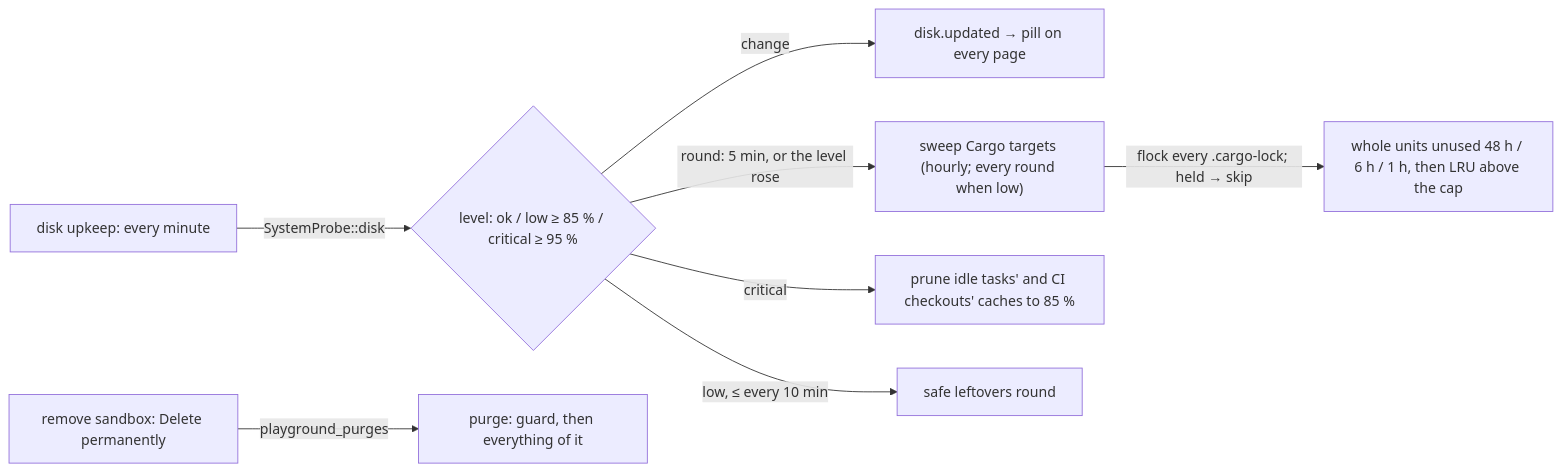
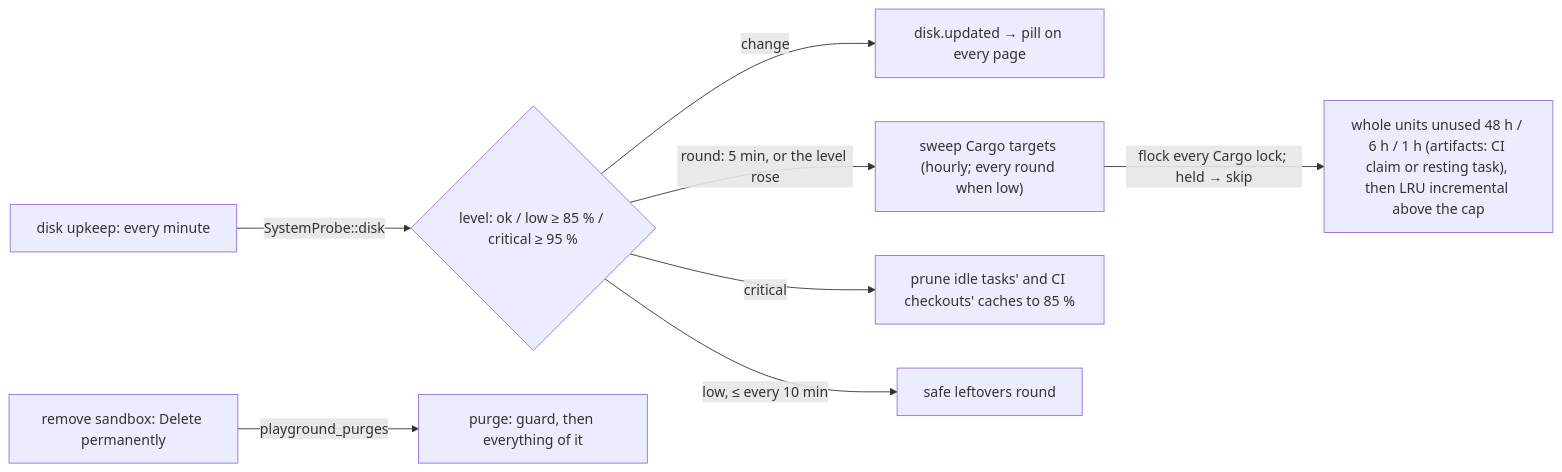
Before and after one commit to Quartio-Studio/yulius: diagram 12 of 57 in docs/architecture.md, drawn with Mermaid. The commit also changed other lines of this file and 17 other files, not shown here.

````diff
--- a/docs/architecture.md
+++ b/docs/architecture.md
@@ -425,10 +426,10 @@
 ```mermaid
 flowchart LR
   P["disk upkeep: every minute"] -->|"SystemProbe::disk"| LV{"level: ok / low ≥ 85 % / critical ≥ 95 %"}
   LV -->|"change"| EV["disk.updated → pill on every page"]
   LV -->|"round: 5 min, or the level rose"| SW["sweep Cargo targets (hourly; every round when low)"]
-  SW -->|"flock every .cargo-lock; held → skip"| U["whole units unused 48 h / 6 h / 1 h, then LRU above the cap"]
+  SW -->|"flock every Cargo lock; held → skip"| U["whole units unused 48 h / 6 h / 1 h (artifacts: CI claim or resting task), then LRU incremental above the cap"]
   LV -->|"critical"| IDLE["prune idle tasks' and CI checkouts' caches to 85 %"]
   LV -->|"low, ≤ every 10 min"| LR["safe leftovers round"]
   RM["remove sandbox: Delete permanently"] -->|"playground_purges"| PG["purge: guard, then everything of it"]
 ```
````
